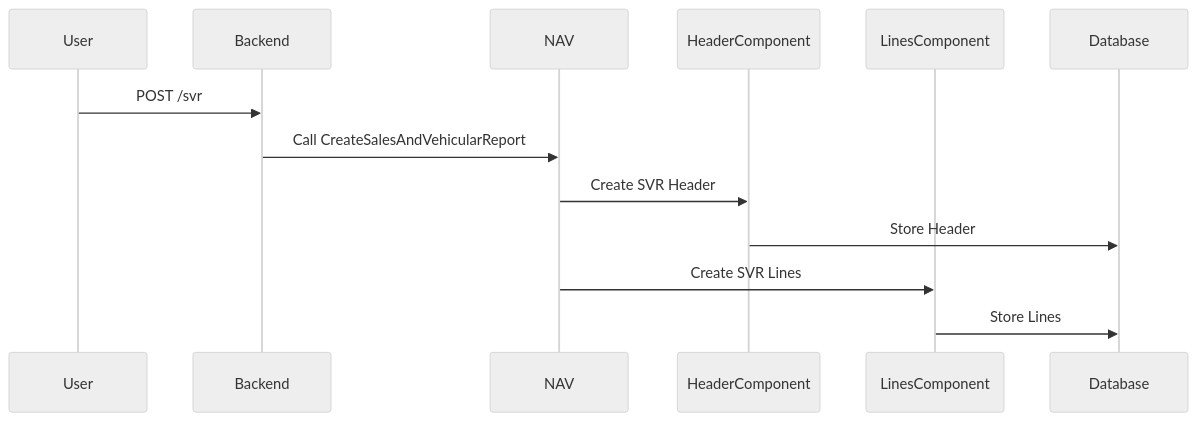
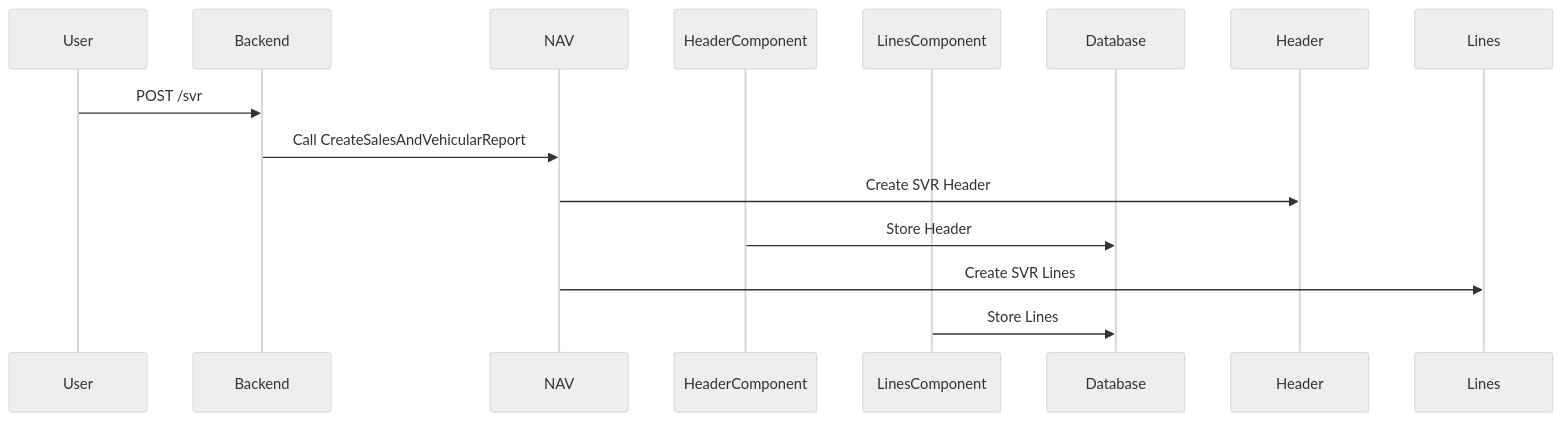
Before and after one commit to mincerray1/flows: the diagram in seq_nav_svr.mmd, drawn with Mermaid (neutral theme).

```diff
--- a/seq_nav_svr.mmd
+++ b/seq_nav_svr.mmd
@@ -1,14 +1,14 @@
 sequenceDiagram
     participant User
     participant Backend
     participant NAV
     participant HeaderComponent
     participant LinesComponent
     participant Database
 
     User->>Backend: POST /svr
     Backend->>NAV: Call CreateSalesAndVehicularReport
-    NAV->>HeaderComponent: Create SVR Header
+    NAV->>Header: Create SVR Header
     HeaderComponent->>Database: Store Header
-    NAV->>LinesComponent: Create SVR Lines
+    NAV->>Lines: Create SVR Lines
     LinesComponent->>Database: Store Lines
```
